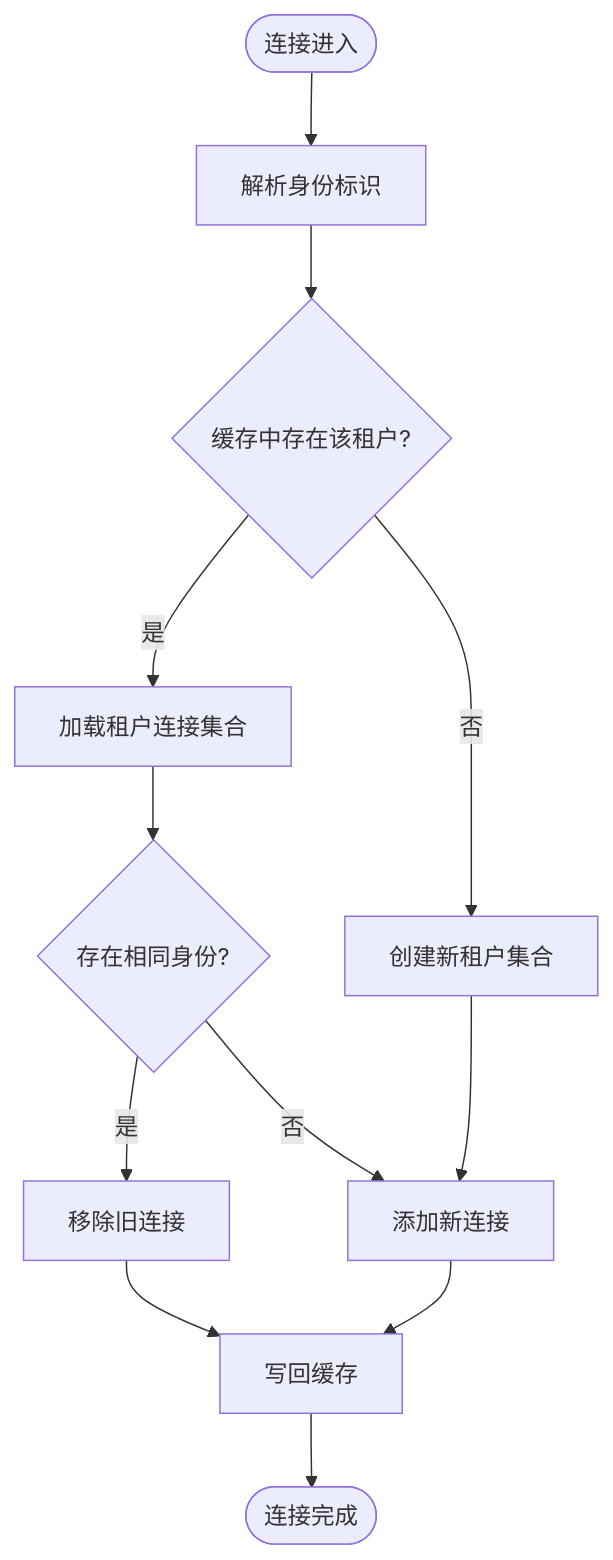
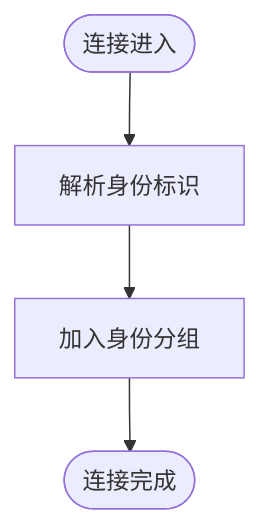
Before and after one commit to junkai-li/NetCoreKevin: the third of 5 diagrams in .qoder/repowiki/zh/content/核心模块/消息系统/实时消息推送.md, drawn with Mermaid. The commit also changed other lines of this file and 40 other files, not shown here.

````diff
--- a/.qoder/repowiki/zh/content/核心模块/消息系统/实时消息推送.md
+++ b/.qoder/repowiki/zh/content/核心模块/消息系统/实时消息推送.md
@@ -151,14 +160,6 @@
 ```mermaid
 flowchart TD
 Start(["连接进入"]) --> ParseId["解析身份标识"]
-ParseId --> CheckCache{"缓存中存在该租户?"}
-CheckCache --> |是| LoadData["加载租户连接集合"]
-CheckCache --> |否| NewData["创建新租户集合"]
-LoadData --> RemoveOld{"存在相同身份?"}
-RemoveOld --> |是| Clean["移除旧连接"]
-RemoveOld --> |否| AddNew["添加新连接"]
-NewData --> AddNew
-Clean --> SetCache["写回缓存"]
-AddNew --> SetCache
-SetCache --> End(["连接完成"])
+ParseId --> AddGroup["加入身份分组"]
+AddGroup --> End(["连接完成"])
 ```
````
